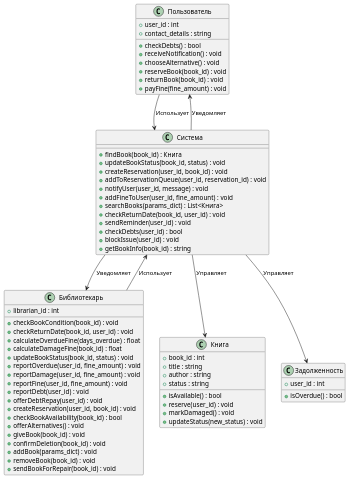
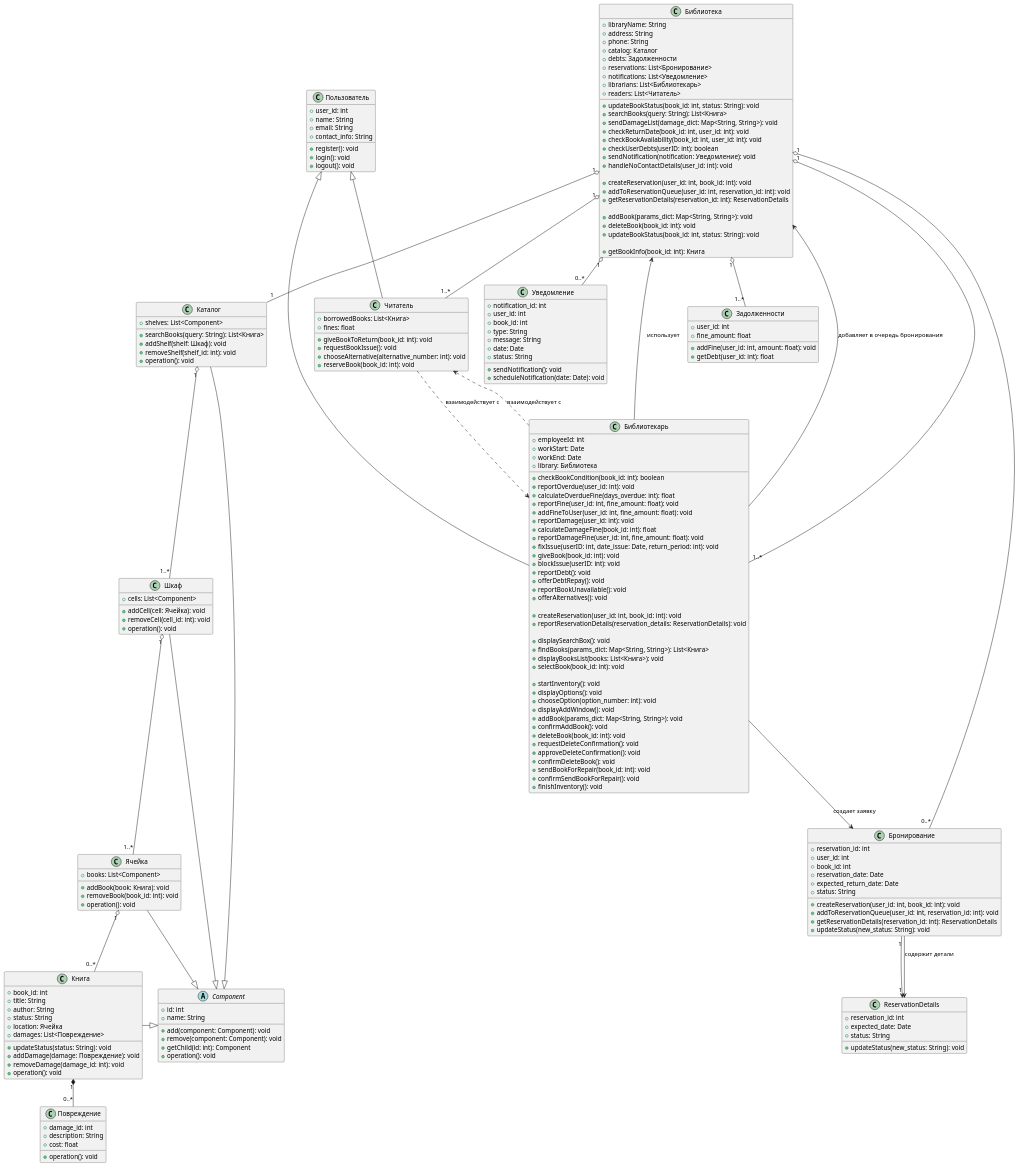
Before and after one commit to penamarth/bsbo-03-22_team1_var2: the diagram in Theory/class_uml.md, drawn with PlantUML.

```diff
--- a/Theory/class_uml.md
+++ b/Theory/class_uml.md
@@ -1,74 +1,253 @@
 @startuml
-class Пользователь {
-    +user_id : int
-    +contact_details : string
-    +checkDebts() : bool
-    +receiveNotification() : void
-    +chooseAlternative() : void
-    +reserveBook(book_id) : void
-    +returnBook(book_id) : void
-    +payFine(fine_amount) : void
+
+' Абстрактный класс Component для паттерна Композит
+abstract class Component {
+    +id: int
+    +name: String
+    +add(component: Component): void
+    +remove(component: Component): void
+    +getChild(id: int): Component
+    +operation(): void
 }
 
-class Библиотекарь {
-    +librarian_id : int
-    +checkBookCondition(book_id) : void
-    +checkReturnDate(book_id, user_id) : void
-    +calculateOverdueFine(days_overdue) : float
-    +calculateDamageFine(book_id) : float
-    +updateBookStatus(book_id, status) : void
-    +reportOverdue(user_id, fine_amount) : void
-    +reportDamage(user_id, fine_amount) : void
-    +reportFine(user_id, fine_amount) : void
-    +reportDebt(user_id) : void
-    +offerDebtRepay(user_id) : void
-    +createReservation(user_id, book_id) : void
-    +checkBookAvailability(book_id) : bool
-    +offerAlternatives() : void
-    +giveBook(book_id) : void
-    +confirmDeletion(book_id) : void
-    +addBook(params_dict) : void
-    +removeBook(book_id) : void
-    +sendBookForRepair(book_id) : void
+' Классы Composite, наследующиеся от Component
+class Каталог {
+    +shelves: List<Component>
+    +searchBooks(query: String): List<Книга>
+    +addShelf(shelf: Шкаф): void
+    +removeShelf(shelf_id: int): void
+    +operation(): void
 }
 
-class Книга {
-    +book_id : int
-    +title : string
-    +author : string
-    +status : string
-    +isAvailable() : bool
-    +reserve(user_id) : void
-    +markDamaged() : void
-    +updateStatus(new_status) : void
+class Шкаф {
+    +cells: List<Component>
+    +addCell(cell: Ячейка): void
+    +removeCell(cell_id: int): void
+    +operation(): void
 }
 
-class Задолженность {
-    +user_id : int
-    +isOverdue() : bool
-
+class Ячейка {
+    +books: List<Component>
+    +addBook(book: Книга): void
+    +removeBook(book_id: int): void
+    +operation(): void
 }
 
-class Система {
-    +findBook(book_id) : Книга
-    +updateBookStatus(book_id, status) : void
-    +createReservation(user_id, book_id) : void
-    +addToReservationQueue(user_id, reservation_id) : void
-    +notifyUser(user_id, message) : void
-    +addFineToUser(user_id, fine_amount) : void
-    +searchBooks(params_dict) : List<Книга>
-    +checkReturnDate(book_id, user_id) : void
-    +sendReminder(user_id) : void
-    +checkDebts(user_id) : bool
-    +blockIssue(user_id) : void
-    +getBookInfo(book_id) : string
+' Класс Leaf, наследующийся от Component
+class Книга {
+    +book_id: int
+    +title: String
+    +author: String
+    +status: String
+    +location: Ячейка
+    +damages: List<Повреждение>
+    
+    +updateStatus(status: String): void
+    +addDamage(damage: Повреждение): void
+    +removeDamage(damage_id: int): void
+    +operation(): void
 }
 
-Пользователь --> Система : Использует
-Библиотекарь --> Система : Использует
-Система --> Книга : Управляет
-Система --> Задолженность : Управляет
-Система --> Пользователь : Уведомляет
-Система --> Библиотекарь : Уведомляет
+' Класс Leaf для Повреждения без наследования от Component
+class Повреждение {
+    +damage_id: int
+    +description: String
+    +cost: float
+    
+    +operation(): void
+}
+
+' Новый класс Уведомление
+class Уведомление {
+    +notification_id: int
+    +user_id: int
+    +book_id: int
+    +type: String
+    +message: String
+    +date: Date
+    +status: String
+    
+    +sendNotification(): void
+    +scheduleNotification(date: Date): void
+}
+
+' Новый класс Бронирование
+class Бронирование {
+    +reservation_id: int
+    +user_id: int
+    +book_id: int
+    +reservation_date: Date
+    +expected_return_date: Date
+    +status: String
+    
+    +createReservation(user_id: int, book_id: int): void
+    +addToReservationQueue(user_id: int, reservation_id: int): void
+    +getReservationDetails(reservation_id: int): ReservationDetails
+    +updateStatus(new_status: String): void
+}
+
+' Новый класс ReservationDetails для деталей бронирования
+class ReservationDetails {
+    +reservation_id: int
+    +expected_date: Date
+    +status: String
+    
+    +updateStatus(new_status: String): void
+}
+
+' Класс Задолженности
+class Задолженности {
+    +user_id: int
+    +fine_amount: float
+    
+    +addFine(user_id: int, amount: float): void
+    +getDebt(user_id: int): float
+}
+
+' Базовый класс Пользователь
+class Пользователь {
+    +user_id: int
+    +name: String
+    +email: String
+    +contact_info: String
+    +register(): void
+    +login(): void
+    +logout(): void
+}
+
+' Класс Читатель наследуется от Пользователь
+class Читатель {
+    +borrowedBooks: List<Книга>
+    +fines: float
+    
+    +giveBookToReturn(book_id: int): void
+    +requestBookIssue(): void
+    +chooseAlternative(alternative_number: int): void
+    +reserveBook(book_id: int): void
+}
+
+' Класс Библиотекарь наследуется от Пользователь
+class Библиотекарь {
+    +employeeId: int
+    +workStart: Date
+    +workEnd: Date
+    +library: Библиотека
+    
+    +checkBookCondition(book_id: int): boolean
+    +reportOverdue(user_id: int): void
+    +calculateOverdueFine(days_overdue: int): float
+    +reportFine(user_id: int, fine_amount: float): void
+    +addFineToUser(user_id: int, fine_amount: float): void
+    +reportDamage(user_id: int): void
+    +calculateDamageFine(book_id: int): float
+    +reportDamageFine(user_id: int, fine_amount: float): void
+    +fixIssue(userID: int, date_issue: Date, return_period: int): void
+    +giveBook(book_id: int): void
+    +blockIssue(userID: int): void
+    +reportDebt(): void
+    +offerDebtRepay(): void
+    +reportBookUnavailable(): void
+    +offerAlternatives(): void
+    
+    ' Добавленные методы для бронирования
+    +createReservation(user_id: int, book_id: int): void
+    +reportReservationDetails(reservation_details: ReservationDetails): void
+    
+    ' Добавленные методы для поиска и выбора книг
+    +displaySearchBox(): void
+    +findBooks(params_dict: Map<String, String>): List<Книга>
+    +displayBooksList(books: List<Книга>): void
+    +selectBook(book_id: int): void
+    
+    ' Добавленные методы для инвентаризации
+    +startInventory(): void
+    +displayOptions(): void
+    +chooseOption(option_number: int): void
+    +displayAddWindow(): void
+    +addBook(params_dict: Map<String, String>): void
+    +confirmAddBook(): void
+    +deleteBook(book_id: int): void
+    +requestDeleteConfirmation(): void
+    +approveDeleteConfirmation(): void
+    +confirmDeleteBook(): void
+    +sendBookForRepair(book_id: int): void
+    +confirmSendBookForRepair(): void
+    +finishInventory(): void
+}
+
+Пользователь <|-- Читатель
+Пользователь <|-- Библиотекарь
+
+' Класс Библиотека
+class Библиотека {
+    +libraryName: String
+    +address: String
+    +phone: String
+    +catalog: Каталог
+    +debts: Задолженности
+    +reservations: List<Бронирование>
+    +notifications: List<Уведомление>
+    +librarians: List<Библиотекарь>
+    +readers: List<Читатель>
+    
+    +updateBookStatus(book_id: int, status: String): void
+    +searchBooks(query: String): List<Книга>
+    +sendDamageList(damage_dict: Map<String, String>): void
+    +checkReturnDate(book_id: int, user_id: int): void
+    +checkBookAvailability(book_id: int, user_id: int): void
+    +checkUserDebts(userID: int): boolean
+    +sendNotification(notification: Уведомление): void
+    +handleNoContactDetails(user_id: int): void
+    
+    ' Добавленные методы для бронирования
+    +createReservation(user_id: int, book_id: int): void
+    +addToReservationQueue(user_id: int, reservation_id: int): void
+    +getReservationDetails(reservation_id: int): ReservationDetails
+    
+    ' Добавленные методы для инвентаризации
+    +addBook(params_dict: Map<String, String>): void
+    +deleteBook(book_id: int): void
+    +updateBookStatus(book_id: int, status: String): void
+    
+    ' Добавленный метод для получения информации о книге
+    +getBookInfo(book_id: int): Книга
+}
+
+' Класс Каталог наследуется от Component
+Каталог -|> Component
+Шкаф -|> Component
+Ячейка -|> Component
+Книга -|> Component
+
+' Ассоциации между классами Composite
+Каталог "1" o-- "1..*" Шкаф
+Шкаф "1" o-- "1..*" Ячейка
+Ячейка "1" o-- "0..*" Книга
+
+' Ассоциации между Книгой и Повреждением
+Книга "1" *-- "0..*" Повреждение
+
+' Ассоциации между Библиотекой и Бронированием
+Библиотека "1" o-- "0..*" Бронирование
+
+' Ассоциации между Бронированием и ReservationDetails
+Бронирование "1" --> "1" ReservationDetails
+
+' Ассоциации между Библиотекой и Уведомлениями
+Библиотека "1" o-- "0..*" Уведомление
+
+' Ассоциации других классов
+Библиотека "1" o-- "1" Каталог
+Библиотека "1" o-- "1..*" Задолженности
+Библиотека "1" o-- "1..*" Библиотекарь
+Библиотека "1" o-- "1..*" Читатель
+
+' Взаимодействия между классами
+Читатель ..> Библиотекарь : взаимодействует с
+Библиотекарь --> Библиотека : использует
+Библиотекарь ..> Читатель : взаимодействует с
+Библиотекарь --> Бронирование : создает заявку
+Библиотекарь --> Библиотека : добавляет в очередь бронирования
+Бронирование --> ReservationDetails : содержит детали
 
 @enduml
```
